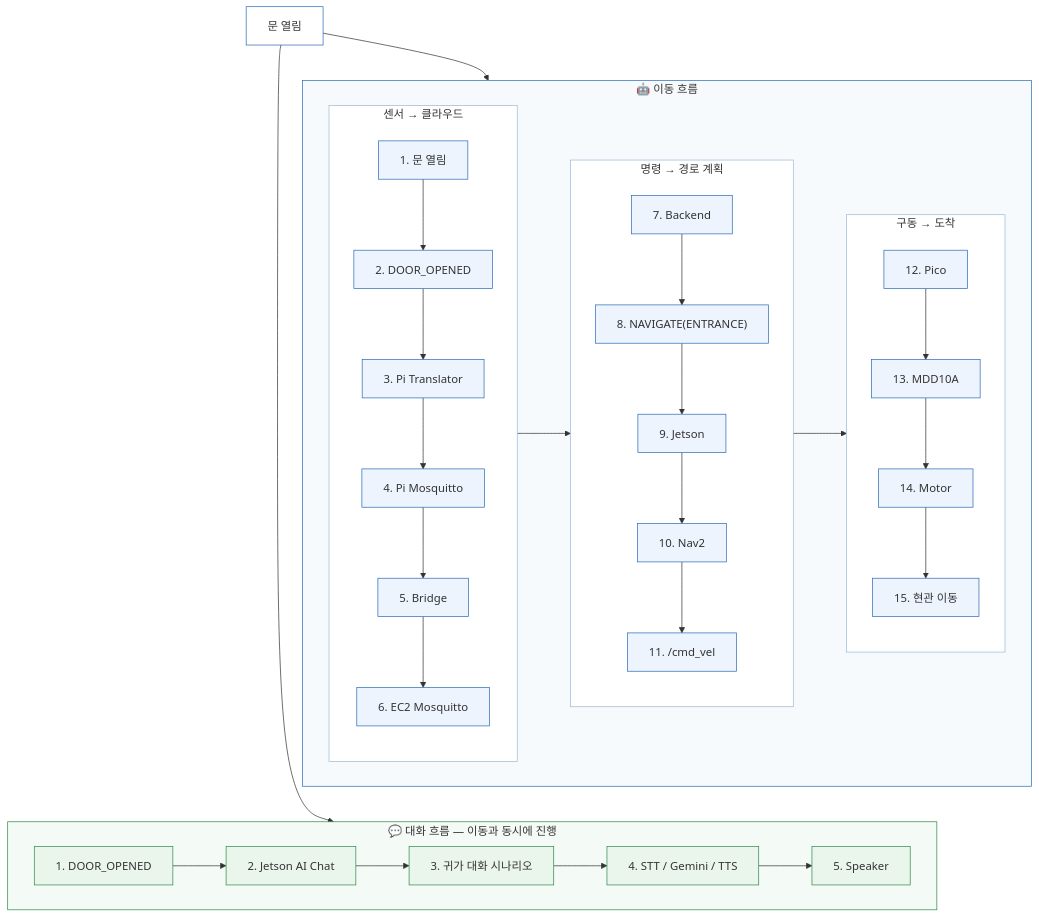
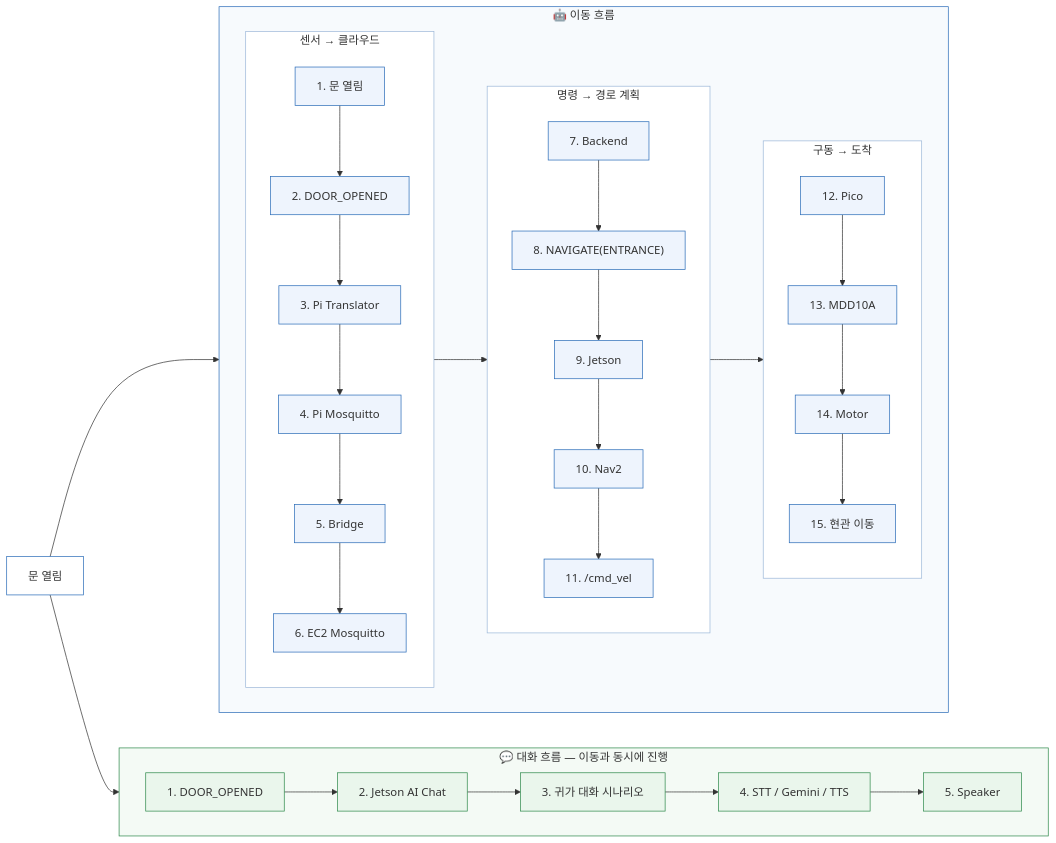
Before and after one commit to bomi-aiot/BOMI: the first of 2 diagrams in README.md, drawn with Mermaid.

Commit message:
docs: 귀가 시나리오 Mermaid — 문 열림을 최좌측, 두 흐름을 우측 상하 배치
최상위를 LR 로 바꿔 문 열림이 왼쪽에서 두 흐름으로 분기하고,
이동 흐름(3기둥)과 대화 흐름(가로 한 줄)이 같은 열에 상하로 쌓이는
구조로 정리. 스페이서 노드 불필요해져 제거.

````diff
--- a/README.md
+++ b/README.md
@@ -67,53 +67,49 @@
 ```mermaid
-flowchart TB
+flowchart LR
     accTitle: 귀가 시나리오 — 센서부터 로봇 이동·음성 응답까지
-    accDescr: 문 열림 이벤트가 이동 흐름 15단계와 대화 흐름 5단계로 갈라지는 구조. 이동 흐름은 세 기둥으로 접어 가로 폭을 채웠습니다.
+    accDescr: 왼쪽의 문 열림 이벤트가 오른쪽의 이동 흐름 15단계와 대화 흐름 5단계로 갈라지는 구조. 두 흐름은 위아래로 배치됩니다.
     classDef door fill:#ffffff,stroke:#2b6cb8
     classDef move fill:#eef4fd,stroke:#2b6cb8
     classDef chat fill:#eaf6ec,stroke:#2f8a4c
     classDef badge fill:#c6dcff,stroke:#305bab
-    classDef invis fill:transparent,stroke:transparent,color:transparent
 
     DO["문 열림"]:::door
-    SP["&nbsp;&nbsp;&nbsp;&nbsp;&nbsp;&nbsp;&nbsp;&nbsp;&nbsp;&nbsp;&nbsp;&nbsp;&nbsp;&nbsp;"]:::invis
 
     subgraph MOVE["🤖 이동 흐름"]
         direction LR
         subgraph MA["센서 → 클라우드"]
             direction TB
             M1["1. 문 열림"]:::move --> M2["2. DOOR_OPENED"]:::move
             M2 --> M3["3. Pi Translator"]:::move --> M4["4. Pi Mosquitto"]:::move
             M4 --> M5["5. Bridge"]:::move --> M6["6. EC2 Mosquitto"]:::move
         end
         subgraph MB["명령 → 경로 계획"]
             direction TB
             M7["7. Backend"]:::move --> M8["8. NAVIGATE(ENTRANCE)"]:::move
             M8 --> M9["9. Jetson"]:::move --> M10["10. Nav2"]:::move
             M10 --> M11["11. /cmd_vel"]:::move
         end
         subgraph MC["구동 → 도착"]
             direction TB
             M12["12. Pico"]:::move --> M13["13. MDD10A"]:::move
             M13 --> M14["14. Motor"]:::move --> M15["15. 현관 이동"]:::move
         end
         MA --> MB --> MC
     end
 
     subgraph TALK["💬 대화 흐름 — 이동과 동시에 진행"]
         direction LR
         C1["1. DOOR_OPENED"]:::chat --> C2["2. Jetson AI Chat"]:::chat
         C2 --> C3["3. 귀가 대화 시나리오"]:::chat
         C3 --> C4["4. STT / Gemini / TTS"]:::chat --> C5["5. Speaker"]:::chat
     end
 
     DO --> MOVE
     DO --> TALK
-    SP ~~~ MOVE
-    MOVE ~~~ TALK
 
     style MOVE fill:#f7fafd,stroke:#2b6cb8
     style MA fill:#ffffff,stroke:#9db8d9
     style MB fill:#ffffff,stroke:#9db8d9
     style MC fill:#ffffff,stroke:#9db8d9
     style TALK fill:#f4faf5,stroke:#2f8a4c
 ```
````
